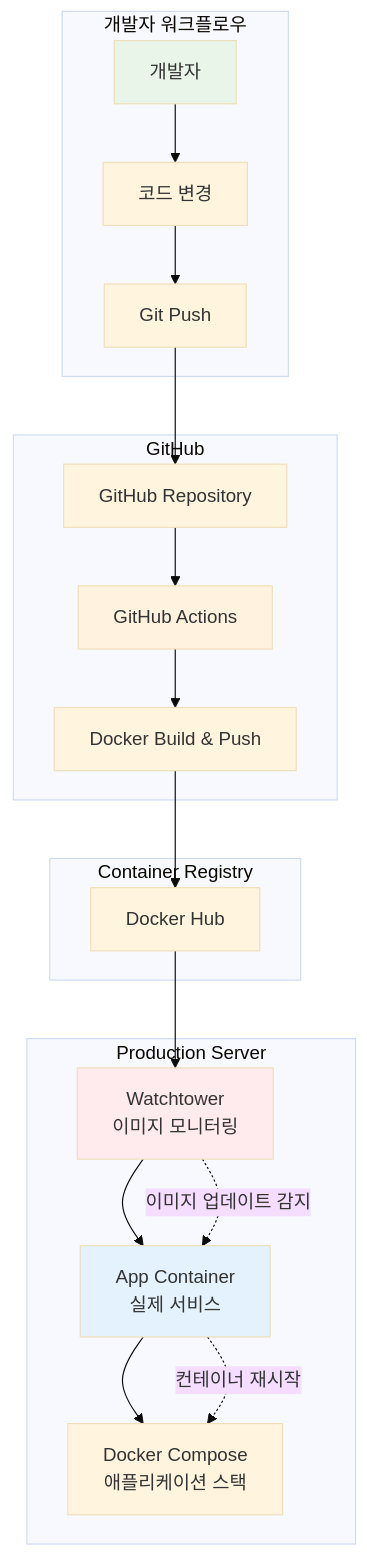
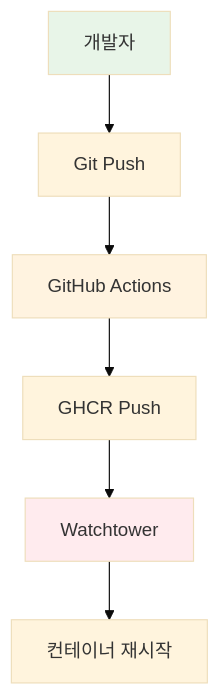
One commit to niceguy61/kdt_devops_lecture_2025 changed the diagram in theory/week_04/day4/lab_1.md. Above: the diagram before and after it, drawn with Mermaid (base theme). The commit also changed other lines of this file, not shown here.

````diff
--- a/theory/week_04/day4/lab_1.md
+++ b/theory/week_04/day4/lab_1.md
@@ -33,34 +27,12 @@
 ```mermaid
 graph TB
-    subgraph "개발자 워크플로우"
-        A[개발자] --> B[코드 변경]
-        B --> C[Git Push]
-    end
-    
-    subgraph "GitHub"
-        C --> D[GitHub Repository]
-        D --> E[GitHub Actions]
-        E --> F[Docker Build & Push]
-    end
-    
-    subgraph "Container Registry"
-        F --> G[Docker Hub]
-    end
-    
-    subgraph "Production Server"
-        H[Docker Compose<br/>애플리케이션 스택]
-        I[Watchtower<br/>이미지 모니터링]
-        J[App Container<br/>실제 서비스]
-    end
-    
-    G --> I
-    I --> J
-    J --> H
-    I -.-> |이미지 업데이트 감지| J
-    J -.-> |컨테이너 재시작| H
+    A[개발자] --> B[Git Push]
+    B --> C[GitHub Actions]
+    C --> D[GHCR Push]
+    D --> E[Watchtower]
+    E --> F[컨테이너 재시작]
     
     style A fill:#e8f5e8
-    style E fill:#fff3e0
-    style I fill:#ffebee
-    style J fill:#e3f2fd
+    style C fill:#fff3e0
+    style E fill:#ffebee
 ```
````
